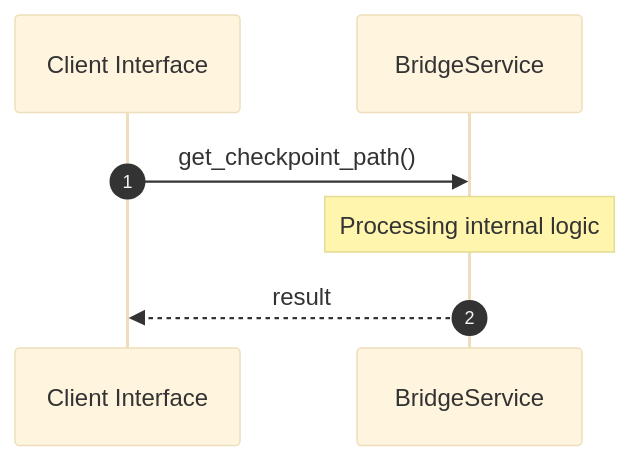
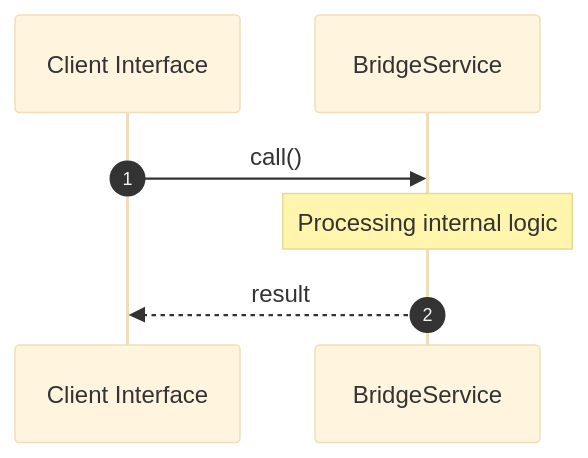
The second of 2 diagrams in openwiki/crates_factory-mcp-server_src_tools_bridge_rs.md (lgcorzo/rust_CACD_autonomous_factory), drawn with Mermaid (base theme) before and after one commit. The commit also changed other lines of this file and 76 other files, not shown here.

````diff
--- a/openwiki/crates_factory-mcp-server_src_tools_bridge_rs.md
+++ b/openwiki/crates_factory-mcp-server_src_tools_bridge_rs.md
@@ -156,10 +156,10 @@
 ```mermaid
 sequenceDiagram
     autonumber
     participant Caller as Client Interface
     participant Svc as BridgeService
-    Caller->>Svc: get_checkpoint_path()
+    Caller->>Svc: call()
     Note over Svc: Processing internal logic
     Svc-->>Caller: result
 
 ```
````
